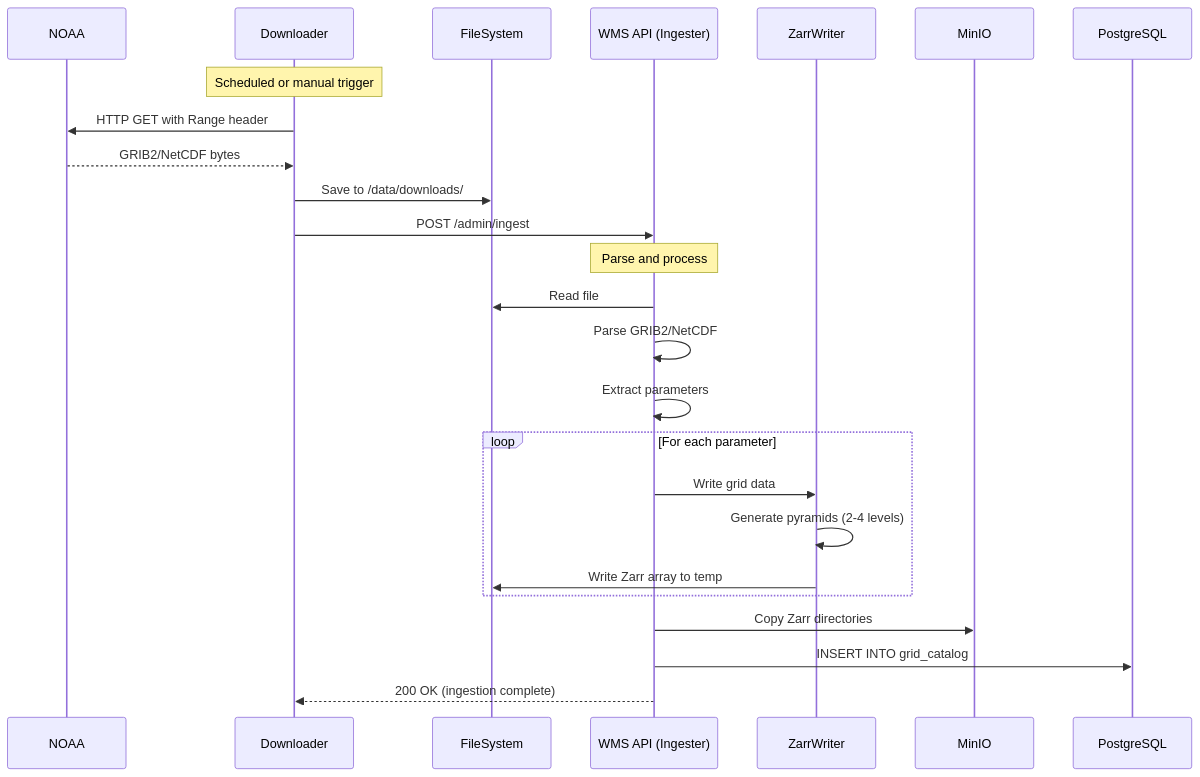
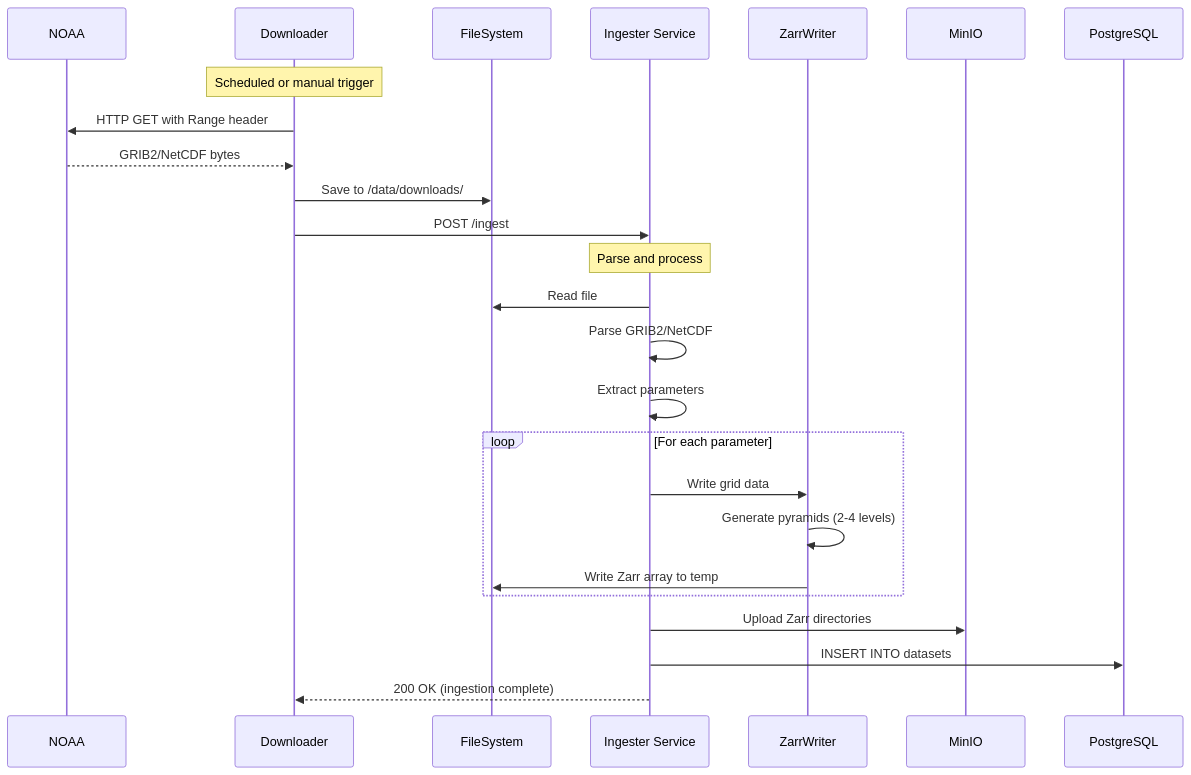
One commit to JoegottabeGitenme/JoeGCServices changed the first of 2 diagrams in docs/src/architecture/data-flow.md. Above: the diagram before and after it, drawn with Mermaid. The commit also changed other lines of this file and 28 other files, not shown here.

````diff
--- a/docs/src/architecture/data-flow.md
+++ b/docs/src/architecture/data-flow.md
@@ -11,31 +11,31 @@
 ```mermaid
 sequenceDiagram
     participant NOAA
     participant Downloader
     participant FileSystem
-    participant WmsApi as WMS API (Ingester)
+    participant Ingester as Ingester Service
     participant ZarrWriter
     participant MinIO
     participant PostgreSQL
     
     Note over Downloader: Scheduled or manual trigger
     Downloader->>NOAA: HTTP GET with Range header
     NOAA-->>Downloader: GRIB2/NetCDF bytes
     Downloader->>FileSystem: Save to /data/downloads/
-    Downloader->>WmsApi: POST /admin/ingest
+    Downloader->>Ingester: POST /ingest
     
-    Note over WmsApi: Parse and process
-    WmsApi->>FileSystem: Read file
-    WmsApi->>WmsApi: Parse GRIB2/NetCDF
-    WmsApi->>WmsApi: Extract parameters
+    Note over Ingester: Parse and process
+    Ingester->>FileSystem: Read file
+    Ingester->>Ingester: Parse GRIB2/NetCDF
+    Ingester->>Ingester: Extract parameters
     
     loop For each parameter
-        WmsApi->>ZarrWriter: Write grid data
+        Ingester->>ZarrWriter: Write grid data
         ZarrWriter->>ZarrWriter: Generate pyramids (2-4 levels)
         ZarrWriter->>FileSystem: Write Zarr array to temp
     end
     
-    WmsApi->>MinIO: Copy Zarr directories
-    WmsApi->>PostgreSQL: INSERT INTO grid_catalog
-    WmsApi-->>Downloader: 200 OK (ingestion complete)
+    Ingester->>MinIO: Upload Zarr directories
+    Ingester->>PostgreSQL: INSERT INTO datasets
+    Ingester-->>Downloader: 200 OK (ingestion complete)
 ```
````
